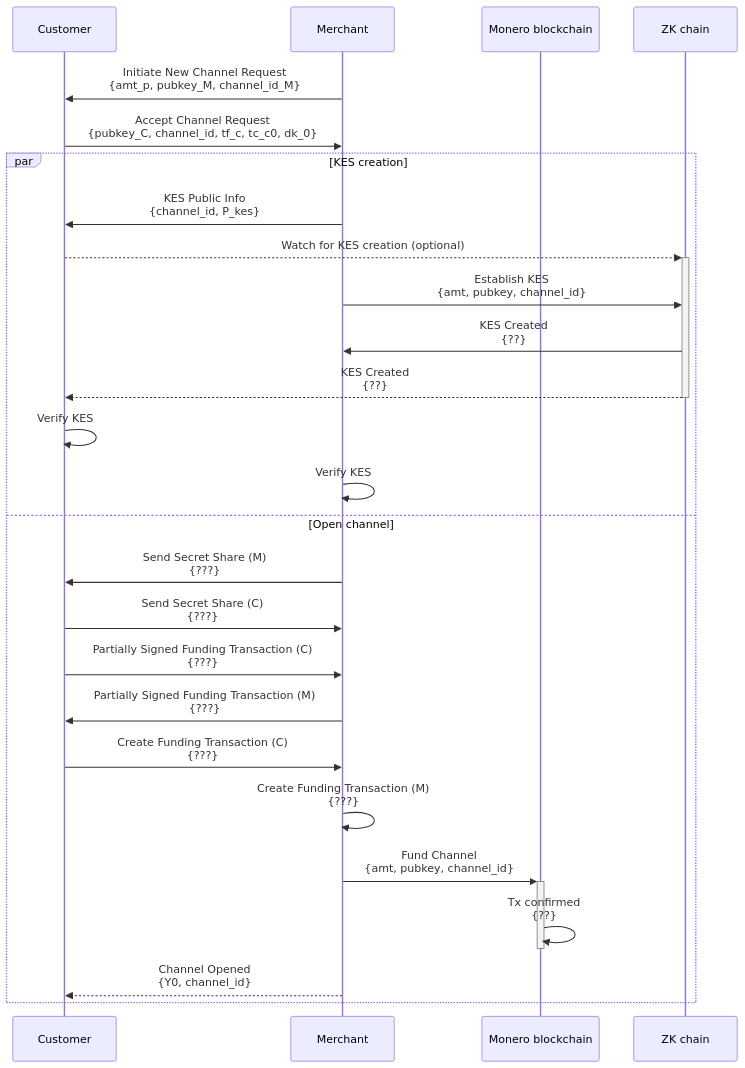
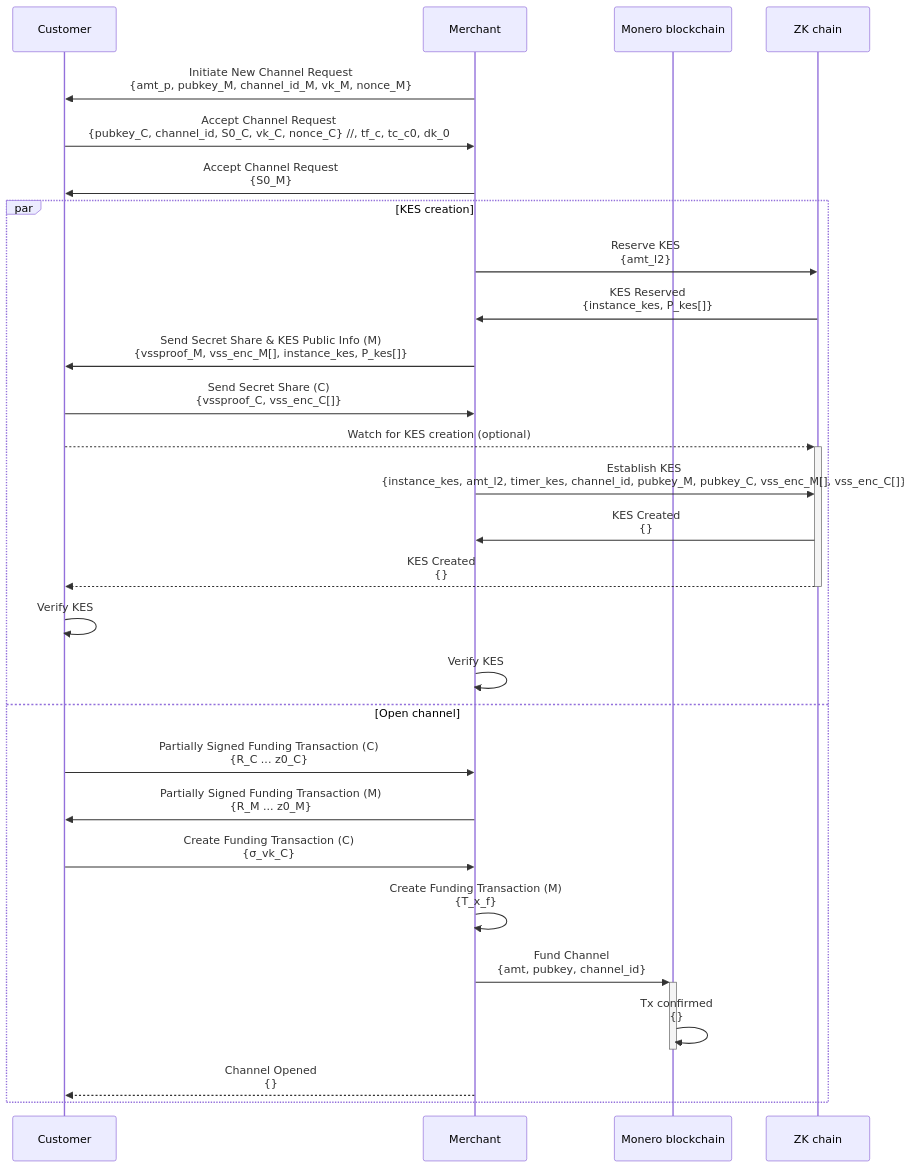
One commit to grease-xmr/grease changed the diagram in docs/channel-establishment-seq-diagram.md. Above: the diagram before and after it, drawn with Mermaid. The commit also changed other lines of this file, not shown here.

Commit message:
Details on interactive data flow

````diff
--- a/docs/channel-establishment-seq-diagram.md
+++ b/docs/channel-establishment-seq-diagram.md
@@ -16,32 +16,34 @@
 ```mermaid
 sequenceDiagram
     participant C as Customer
     participant M as Merchant
     participant L1 as Monero blockchain
     participant L2 as ZK chain
 
-    M ->> C: Initiate New Channel Request<br/>{amt_p, pubkey_M, channel_id_M}
-    C ->> M: Accept Channel Request<br/>{pubkey_C, channel_id, tf_c, tc_c0, dk_0}
+    M ->> C: Initiate New Channel Request<br/>{amt_p, pubkey_M, channel_id_M, vk_M, nonce_M}
+    C ->> M: Accept Channel Request<br/>{pubkey_C, channel_id, S0_C, vk_C, nonce_C}   //, tf_c, tc_c0, dk_0
+    M ->> C: Accept Channel Request<br/>{S0_M}
     par KES creation
-        M ->> C: KES Public Info<br/>{channel_id, P_kes}
+        M ->> L2: Reserve KES<br/>{amt_l2}
+        L2 ->> M: KES Reserved<br/>{instance_kes, P_kes[]}
+        M ->> C: Send Secret Share & KES Public Info (M)<br/>{vssproof_M, vss_enc_M[], instance_kes, P_kes[]}
+        C ->> M: Send Secret Share (C)<br/>{vssproof_C, vss_enc_C[]}
         C -->>+ L2: Watch for KES creation (optional)
-        M ->> L2: Establish KES<br/>{amt, pubkey, channel_id}
-        L2 ->> M: KES Created<br/>{??}
-        L2 -->>- C: KES Created<br/>{??}
+        M ->> L2: Establish KES<br/>{instance_kes, amt_l2, timer_kes, channel_id, pubkey_M, pubkey_C, vss_enc_M[], vss_enc_C[]}
+        L2 ->> M: KES Created<br/>{}
+        L2 -->>- C: KES Created<br/>{}
         C ->> C: Verify KES
         M ->> M: Verify KES
     and Open channel
-        M ->> C: Send Secret Share (M)<br/>{???}
-        C ->> M: Send Secret Share (C)<br/>{???}
-        C ->> M: Partially Signed Funding Transaction (C)<br/>{???}
-        M ->> C: Partially Signed Funding Transaction (M)<br/>{???}
-        C ->> M: Create Funding Transaction (C)<br/>{???}
-        M ->> M: Create Funding Transaction (M)<br/>{???}
+        C ->> M: Partially Signed Funding Transaction (C)<br/>{R_C ... z0_C}
+        M ->> C: Partially Signed Funding Transaction (M)<br/>{R_M ... z0_M}
+        C ->> M: Create Funding Transaction (C)<br/>{σ_vk_C}
+        M ->> M: Create Funding Transaction (M)<br/>{T_x_f}
         M ->>+ L1: Fund Channel<br/>{amt, pubkey, channel_id}
-        L1 ->>- L1: Tx confirmed<br/>{??}
-        M -->> C: Channel Opened<br/>{Y0, channel_id}
+        L1 ->>- L1: Tx confirmed<br/>{}
+        M -->> C: Channel Opened<br/>{}
     end
     
     
 
 ```
````
